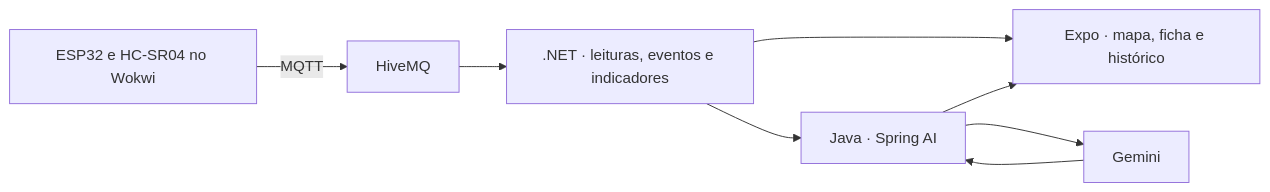
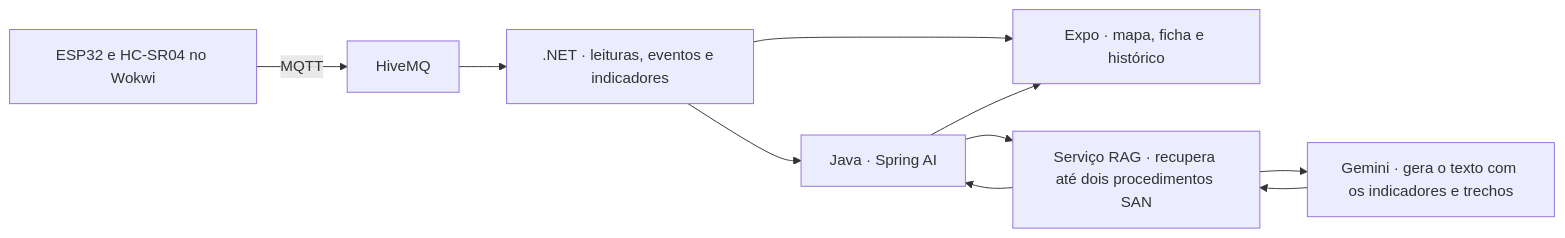
Before and after one commit to 2TDSPO-JPG/GS_IoT: the diagram in README.md, drawn with Mermaid. The commit also changed other lines of this file, not shown here.

Commit message:
Feat: documenta o fluxo RAG e os resultados dos testes de IoT

````diff
--- a/README.md
+++ b/README.md
@@ -5,10 +5,12 @@
 ```mermaid
 flowchart LR
     W["ESP32 e HC-SR04 no Wokwi"] -->|MQTT| M["HiveMQ"]
     M --> N[".NET · leituras, eventos e indicadores"]
     N --> A["Expo · mapa, ficha e histórico"]
     N --> J["Java · Spring AI"]
-    J --> G["Gemini"]
-    G --> J
+    J --> R["Serviço RAG · recupera até dois procedimentos SAN"]
+    R --> G["Gemini · gera o texto com os indicadores e trechos"]
+    G --> R
+    R --> J
     J --> A
 ```
````
